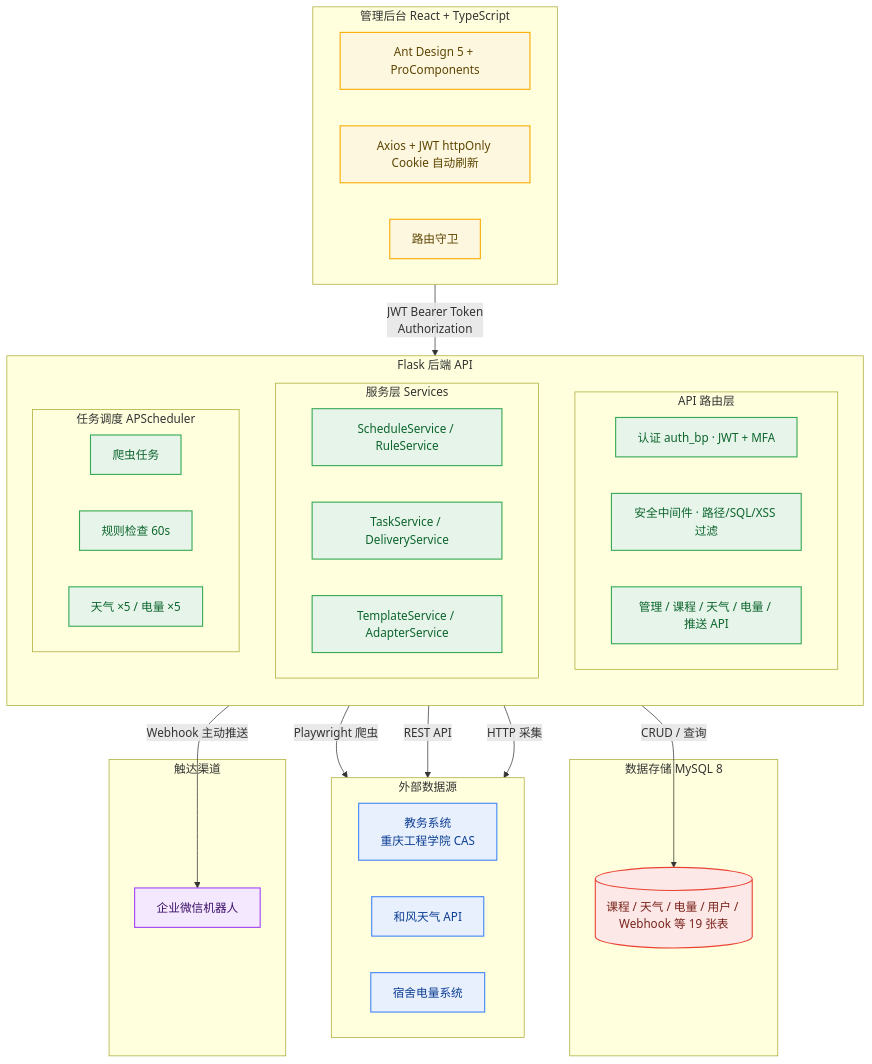
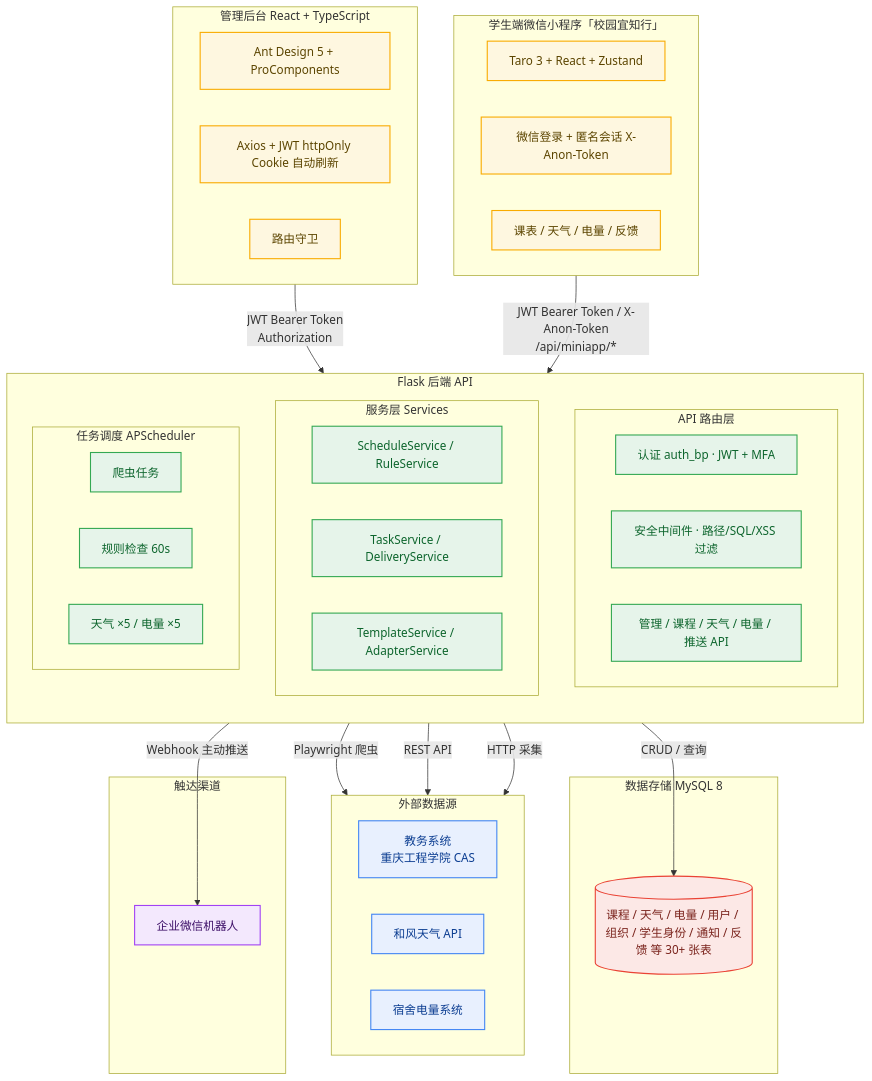
One commit to CherryPainter/campus-info-system changed the first of 9 diagrams in Push_System_Flask/README.md. Above: the diagram before and after it, drawn with Mermaid. The commit also changed other lines of this file and 9 other files, not shown here.

````diff
--- a/Push_System_Flask/README.md
+++ b/Push_System_Flask/README.md
@@ -93,63 +93,71 @@
 ```mermaid
 flowchart TB
     %% ===== 配色：外部数据源 / 后端 / 存储 / 前端 / 触达 =====
     classDef cExt fill:#E8F0FE,stroke:#4285F4,stroke-width:1.5px,color:#0B3D91;
     classDef cBE  fill:#E6F4EA,stroke:#34A853,stroke-width:1.5px,color:#0D652D;
     classDef cDB  fill:#FCE8E6,stroke:#EA4335,stroke-width:1.5px,color:#7A231C;
     classDef cFE  fill:#FEF7E0,stroke:#F9AB00,stroke-width:1.5px,color:#5C4500;
     classDef cOUT fill:#F3E8FD,stroke:#A142F4,stroke-width:1.5px,color:#3D1068;
 
     subgraph EXT[外部数据源]
         direction LR
         JW[教务系统<br/>重庆工程学院 CAS]
         WX[和风天气 API]
         DZ[宿舍电量系统]
     end
 
     subgraph BE[Flask 后端 API]
         direction TB
         subgraph API[API 路由层]
             A1[认证 auth_bp · JWT + MFA]
             A2[安全中间件 · 路径/SQL/XSS 过滤]
             A3[管理 / 课程 / 天气 / 电量 / 推送 API]
         end
         subgraph SVC[服务层 Services]
             S1[ScheduleService / RuleService]
             S2[TaskService / DeliveryService]
             S3[TemplateService / AdapterService]
         end
         subgraph SCH[任务调度 APScheduler]
             T1[爬虫任务]
             T2[规则检查 60s]
             T3[天气 ×5 / 电量 ×5]
         end
     end
 
     subgraph STORE[数据存储 MySQL 8]
-        DB[(课程 / 天气 / 电量 / 用户 / Webhook 等 19 张表)]
+        DB[(课程 / 天气 / 电量 / 用户 / 组织 / 学生身份 / 通知 / 反馈 等 30+ 张表)]
     end
 
     subgraph FE[管理后台 React + TypeScript]
         direction LR
         F1[Ant Design 5 + ProComponents]
         F2[Axios + JWT httpOnly Cookie 自动刷新]
         F3[路由守卫]
     end
 
+    subgraph MP[学生端微信小程序「校园宜知行」]
+        direction LR
+        M1[Taro 3 + React + Zustand]
+        M2[微信登录 + 匿名会话 X-Anon-Token]
+        M3[课表 / 天气 / 电量 / 反馈]
+    end
+
     subgraph OUT[触达渠道]
         WECOM[企业微信机器人]
     end
 
     FE -->|JWT Bearer Token<br/>Authorization| BE
+    MP -->|JWT Bearer Token / X-Anon-Token<br/>/api/miniapp/*| BE
     BE -->|Playwright 爬虫| JW
     BE -->|REST API| WX
     BE -->|HTTP 采集| DZ
     BE -->|CRUD / 查询| DB
     BE -->|Webhook 主动推送| WECOM
 
     class JW,WX,DZ cExt;
     class A1,A2,A3,S1,S2,S3,T1,T2,T3 cBE;
     class DB cDB;
-    class F1,F2,F3 cFE;
+    class F1,F2,F3,M1,M2,M3 cFE;
     class WECOM cOUT;
 ```
````
